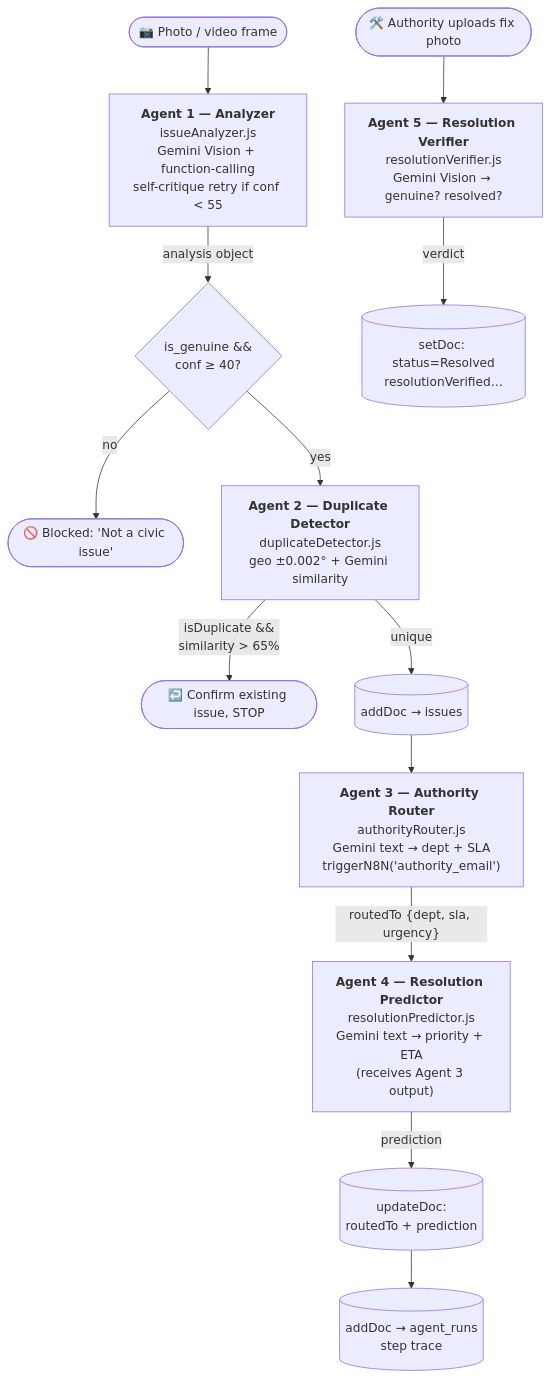
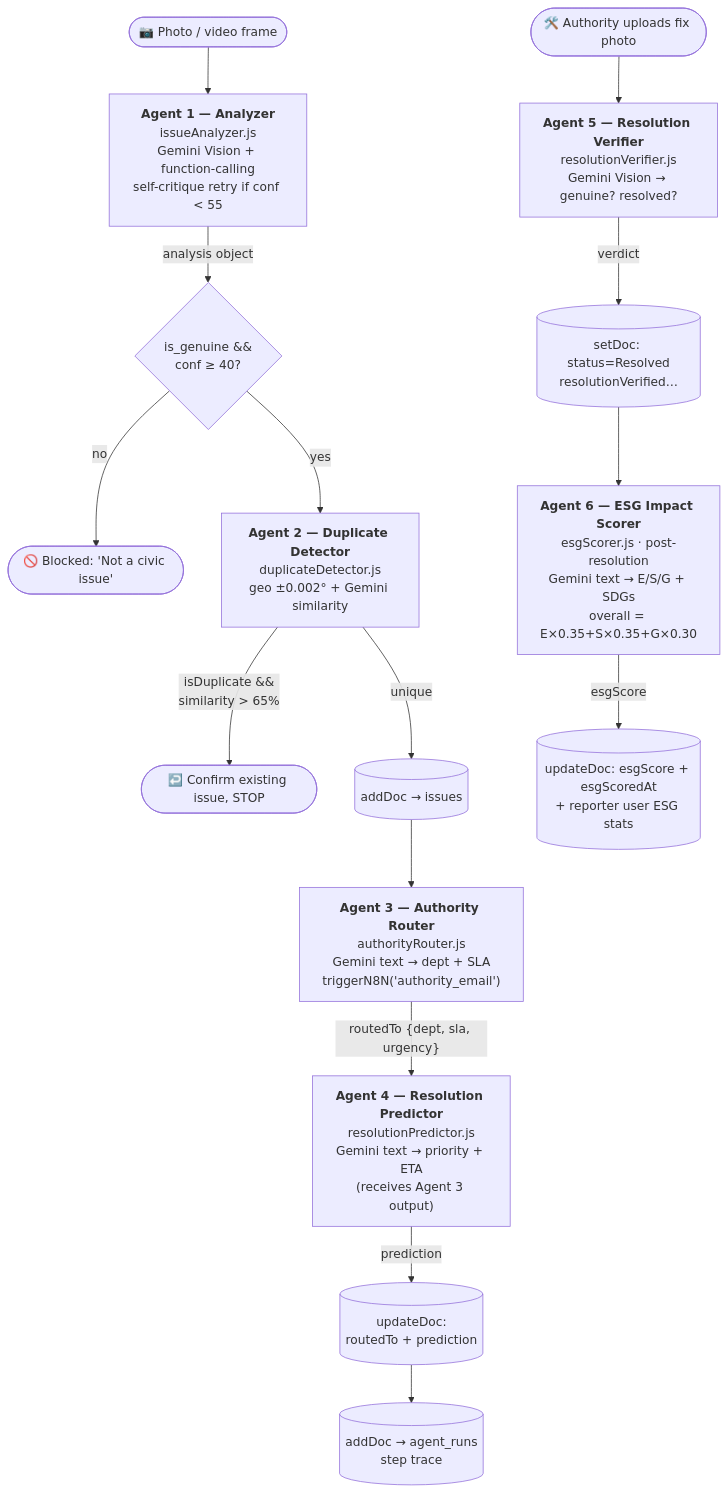
Before and after one commit to siddhesh8k/janashakti: the fourth of 15 diagrams in docs/ARCHITECTURE.md, drawn with Mermaid. The commit also changed other lines of this file and 112 other files, not shown here.

````diff
--- a/docs/ARCHITECTURE.md
+++ b/docs/ARCHITECTURE.md
@@ -294,25 +298,29 @@
 ```mermaid
 flowchart TB
     Photo([📷 Photo / video frame]) --> A1
 
     A1["<b>Agent 1 — Analyzer</b><br/>issueAnalyzer.js<br/>Gemini Vision + function-calling<br/>self-critique retry if conf < 55"]
     A1 -->|"analysis object"| Gate{is_genuine &&<br/>conf ≥ 40?}
     Gate -->|no| Block([🚫 Blocked: 'Not a civic issue'])
     Gate -->|yes| A2
 
     A2["<b>Agent 2 — Duplicate Detector</b><br/>duplicateDetector.js<br/>geo ±0.002° + Gemini similarity"]
     A2 -->|"isDuplicate &&<br/>similarity > 65%"| Dup([↩️ Confirm existing issue, STOP])
     A2 -->|unique| Save[(addDoc → issues)]
 
     Save --> A3
     A3["<b>Agent 3 — Authority Router</b><br/>authorityRouter.js<br/>Gemini text → dept + SLA<br/>triggerN8N('authority_email')"]
     A3 -->|"routedTo {dept, sla, urgency}"| A4
 
     A4["<b>Agent 4 — Resolution Predictor</b><br/>resolutionPredictor.js<br/>Gemini text → priority + ETA<br/>(receives Agent 3 output)"]
     A4 -->|"prediction"| Persist[(updateDoc:<br/>routedTo + prediction)]
     Persist --> Trace[(addDoc → agent_runs<br/>step trace)]
 
     Resolve([🛠️ Authority uploads fix photo]) --> A5
     A5["<b>Agent 5 — Resolution Verifier</b><br/>resolutionVerifier.js<br/>Gemini Vision → genuine? resolved?"]
     A5 -->|"verdict"| ResWrite[(setDoc: status=Resolved<br/>resolutionVerified…)]
+
+    ResWrite --> A6
+    A6["<b>Agent 6 — ESG Impact Scorer</b><br/>esgScorer.js · post-resolution<br/>Gemini text → E/S/G + SDGs<br/>overall = E×0.35+S×0.35+G×0.30"]
+    A6 -->|"esgScore"| ESGWrite[(updateDoc: esgScore + esgScoredAt<br/>+ reporter user ESG stats)]
 ```
````
